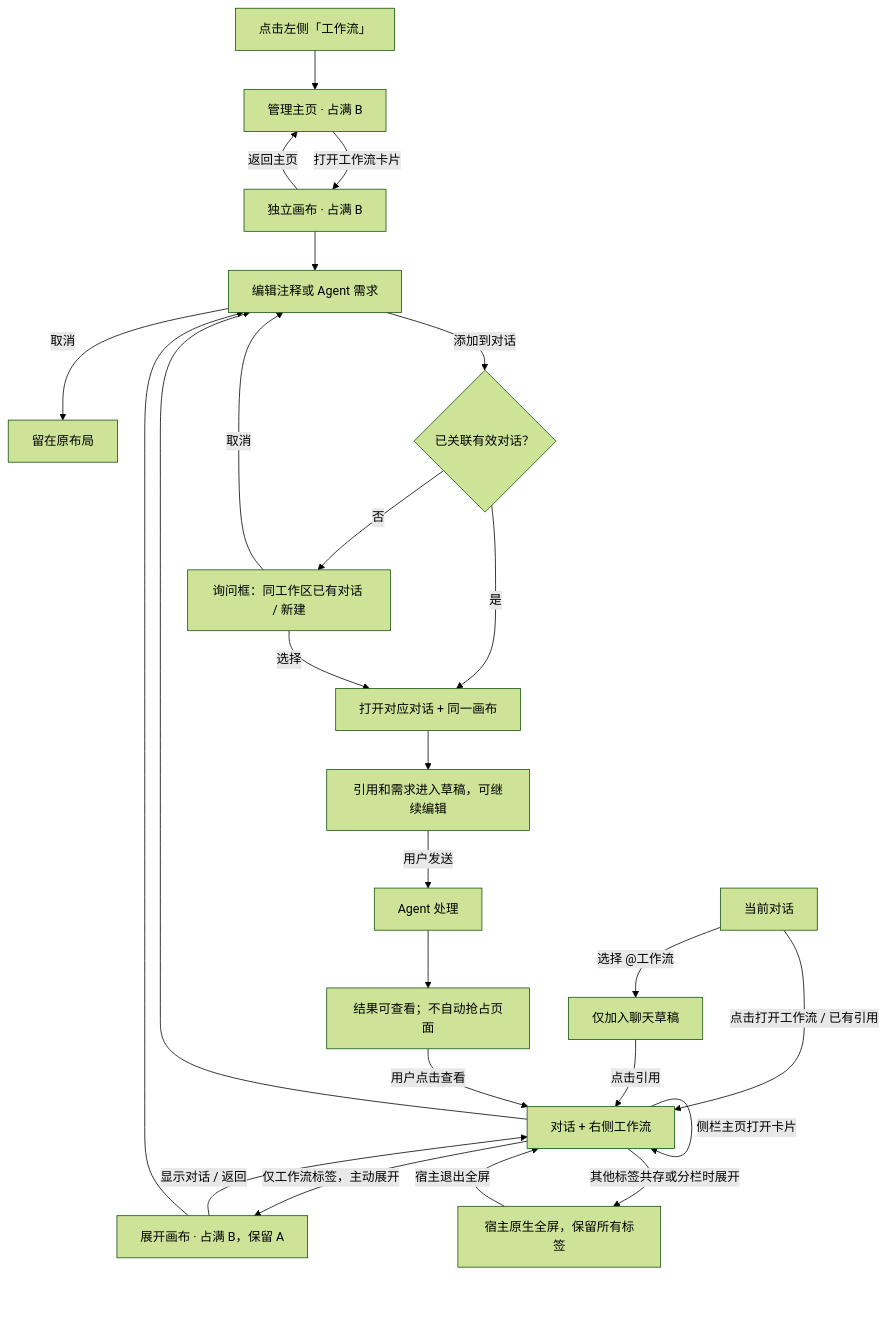
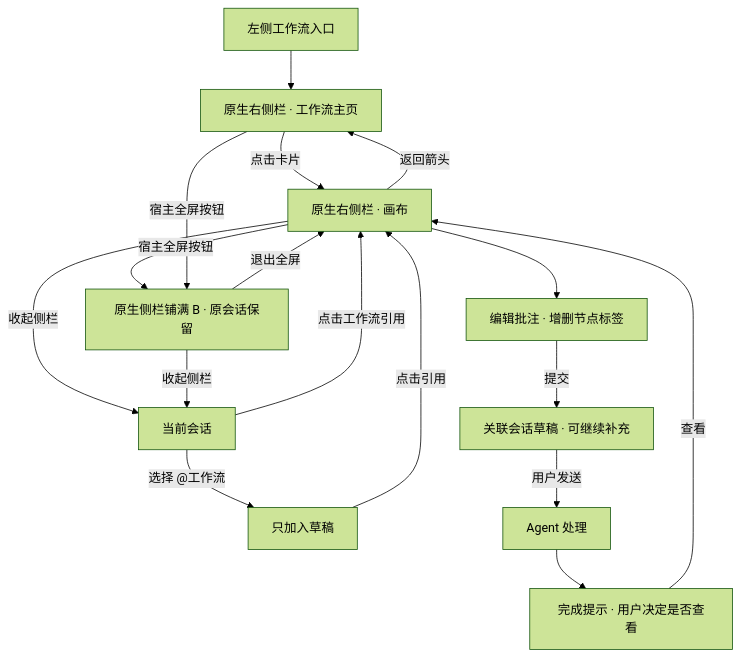
The diagram in docs/工作流导航与布局交互.md (SuperWheel/dsh-visible-workflows), drawn with Mermaid (forest theme) before and after one commit. The commit also changed other lines of this file and 1054 other files, not shown here.

````diff
--- a/docs/工作流导航与布局交互.md
+++ b/docs/工作流导航与布局交互.md
@@ -26,27 +22,19 @@
 ```mermaid
 flowchart TD
-    A[点击左侧「工作流」] --> H[管理主页 · 占满 B]
-    H -->|打开工作流卡片| F[独立画布 · 占满 B]
-    F -->|返回主页| H
-    C[当前对话] -->|点击打开工作流 / 已有引用| S[对话 + 右侧工作流]
-    C -->|选择 @工作流| D[仅加入聊天草稿]
-    D -->|点击引用| S
-    S -->|侧栏主页打开卡片| S
-    S -->|仅工作流标签，主动展开| E[展开画布 · 占满 B，保留 A]
-    S -->|其他标签共存或分栏时展开| X[宿主原生全屏，保留所有标签]
-    X -->|宿主退出全屏| S
-    E -->|显示对话 / 返回| S
-    F --> N[编辑注释或 Agent 需求]
-    S --> N
-    E --> N
-    N -->|取消| K[留在原布局]
-    N -->|添加到对话| Q{已关联有效对话？}
-    Q -->|是| R[打开对应对话 + 同一画布]
-    Q -->|否| P[询问框：同工作区已有对话 / 新建]
-    P -->|取消| N
-    P -->|选择| R
-    R --> I[引用和需求进入草稿，可继续编辑]
-    I -->|用户发送| G[Agent 处理]
-    G --> J[结果可查看；不自动抢占页面]
-    J -->|用户点击查看| S
+    A[左侧工作流入口] --> L[原生右侧栏 · 工作流主页]
+    L -->|点击卡片| C[原生右侧栏 · 画布]
+    C -->|返回箭头| L
+    Q[当前会话] -->|点击工作流引用| C
+    Q -->|选择 @工作流| D[只加入草稿]
+    D -->|点击引用| C
+    C -->|宿主全屏按钮| F[原生侧栏铺满 B · 原会话保留]
+    L -->|宿主全屏按钮| F
+    F -->|退出全屏| C
+    C -->|收起侧栏| Q
+    F -->|收起侧栏| Q
+    C --> E[编辑批注 · 增删节点标签]
+    E -->|提交| S[关联会话草稿 · 可继续补充]
+    S -->|用户发送| G[Agent 处理]
+    G --> N[完成提示 · 用户决定是否查看]
+    N -->|查看| C
 ```
````
